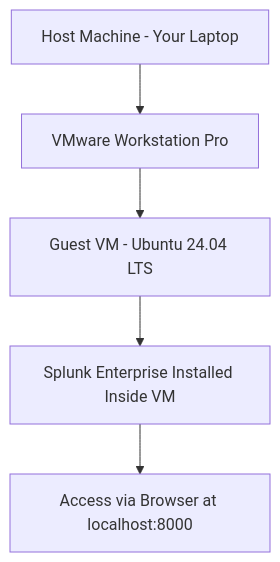
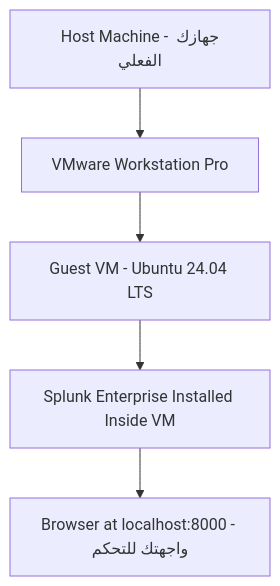
Before and after one commit to ammaryasser28/Security-Operation-Center: the first of 2 diagrams in Splunk Setup.md, drawn with Mermaid. The commit also changed other lines of this file, not shown here.

Commit message:
Update Splunk Setup.md

````diff
--- a/Splunk Setup.md
+++ b/Splunk Setup.md
@@ -43,8 +48,8 @@
 ```mermaid
 flowchart TB
-    Host[Host Machine - Your Laptop]
+    Host[Host Machine - جهازك الفعلي]
     Host --> Hypervisor[VMware Workstation Pro]
     Hypervisor --> VM[Guest VM - Ubuntu 24.04 LTS]
     VM --> Splunk[Splunk Enterprise Installed Inside VM]
-    Splunk --> Browser[Access via Browser at localhost:8000]
+    Splunk --> Browser[Browser at localhost:8000 - واجهتك للتحكم]
 ```
````
